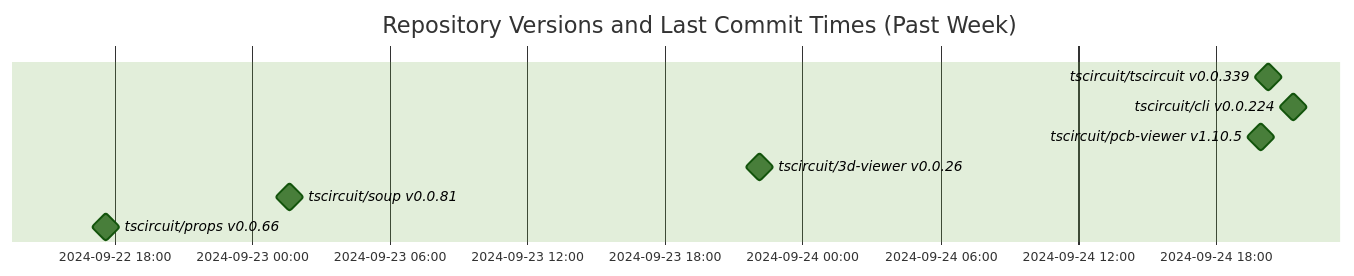
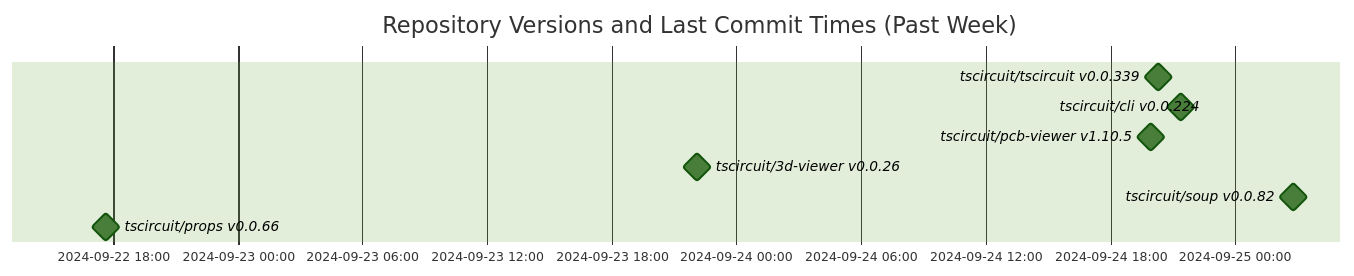
One commit to tscircuit/version-tracker changed the diagram in README.md. Above: the diagram before and after it, drawn with Mermaid (forest theme).

Commit message:
Update chart

````diff
--- a/README.md
+++ b/README.md
@@ -1,13 +1,13 @@
 ```mermaid
 gantt
   dateFormat  YYYY-MM-DD HH:mm:ss
   title Repository Versions and Last Commit Times (Past Week)
   axisFormat %Y-%m-%d %H:%M
 
   tscircuit/tscircuit v0.0.339 : milestone, 2024-09-24 20:18:14, 1s
   tscircuit/cli v0.0.224 : milestone, 2024-09-24 21:23:00, 1s
   tscircuit/pcb-viewer v1.10.5 : milestone, 2024-09-24 19:58:10, 1s
   tscircuit/3d-viewer v0.0.26 : milestone, 2024-09-23 22:06:33, 1s
-  tscircuit/soup v0.0.81 : milestone, 2024-09-23 01:38:05, 1s
+  tscircuit/soup v0.0.82 : milestone, 2024-09-25 02:48:20, 1s
   tscircuit/props v0.0.66 : milestone, 2024-09-22 17:38:44, 1s
 ```
````
